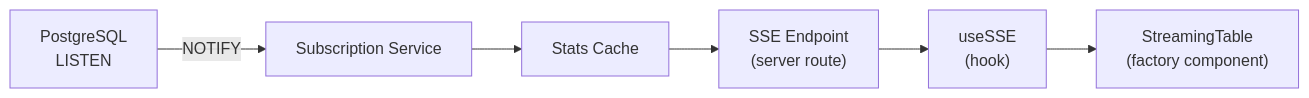
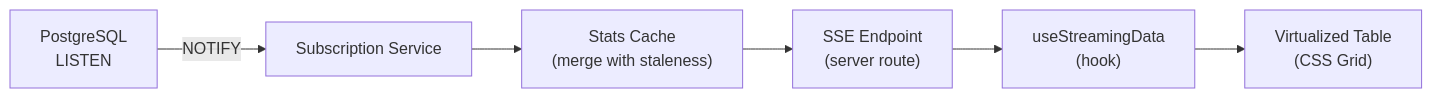
The third of 3 diagrams in README.md (jaredglaser/homelab-manager), drawn with Mermaid before and after one commit. The commit also changed other lines of this file, not shown here.

````diff
--- a/README.md
+++ b/README.md
@@ -104,11 +107,11 @@
 ```mermaid
 flowchart LR
     DB["PostgreSQL<br/>LISTEN"]
     SubSvc["Subscription Service"]
-    Cache["Stats Cache"]
+    Cache["Stats Cache<br/>(merge with staleness)"]
     SSE["SSE Endpoint<br/>(server route)"]
-    Hook["useSSE<br/>(hook)"]
-    ST["StreamingTable<br/>(factory component)"]
+    Hook["useStreamingData<br/>(hook)"]
+    Table["Virtualized Table<br/>(CSS Grid)"]
 
-    DB -->|"NOTIFY"| SubSvc --> Cache --> SSE --> Hook --> ST
+    DB -->|"NOTIFY"| SubSvc --> Cache --> SSE --> Hook --> Table
 ```
````
